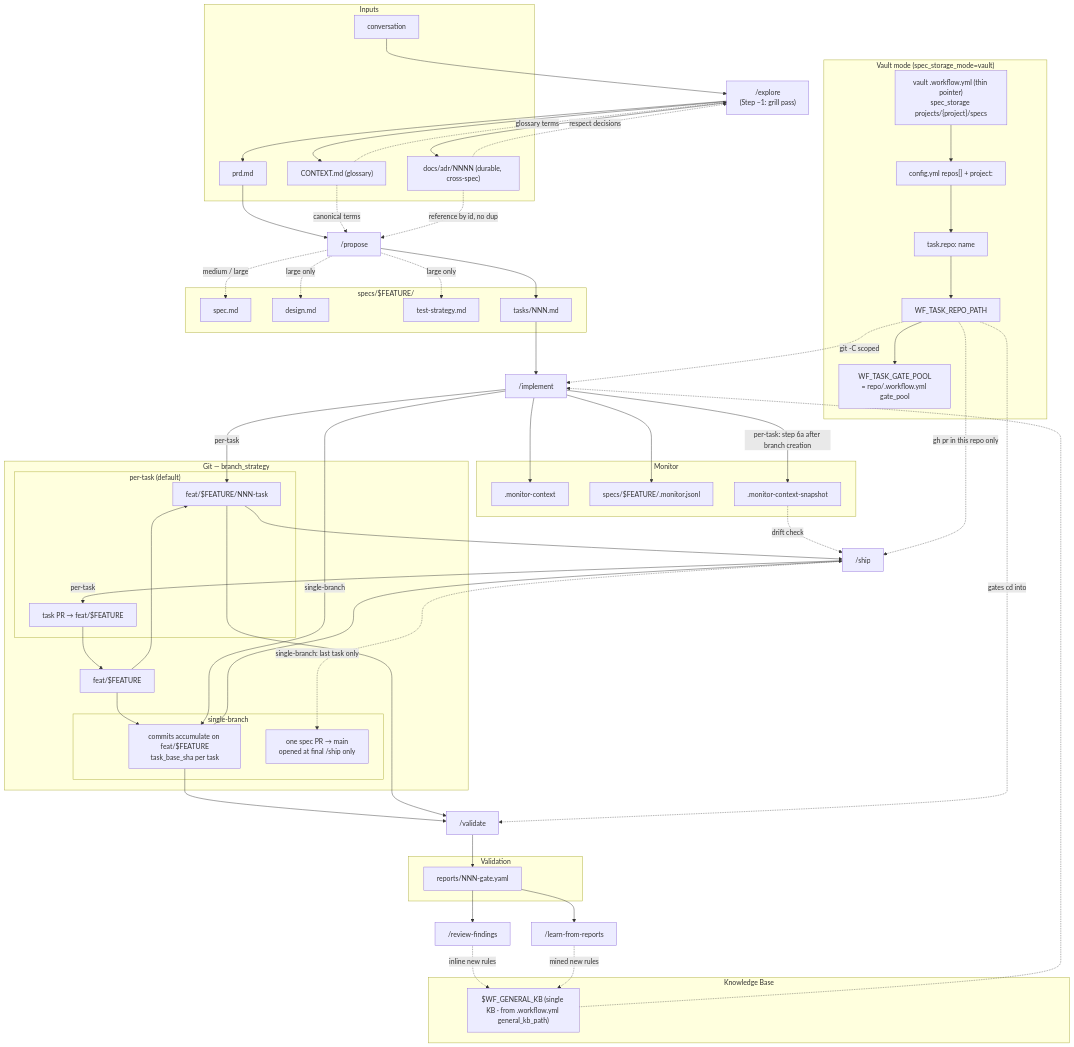
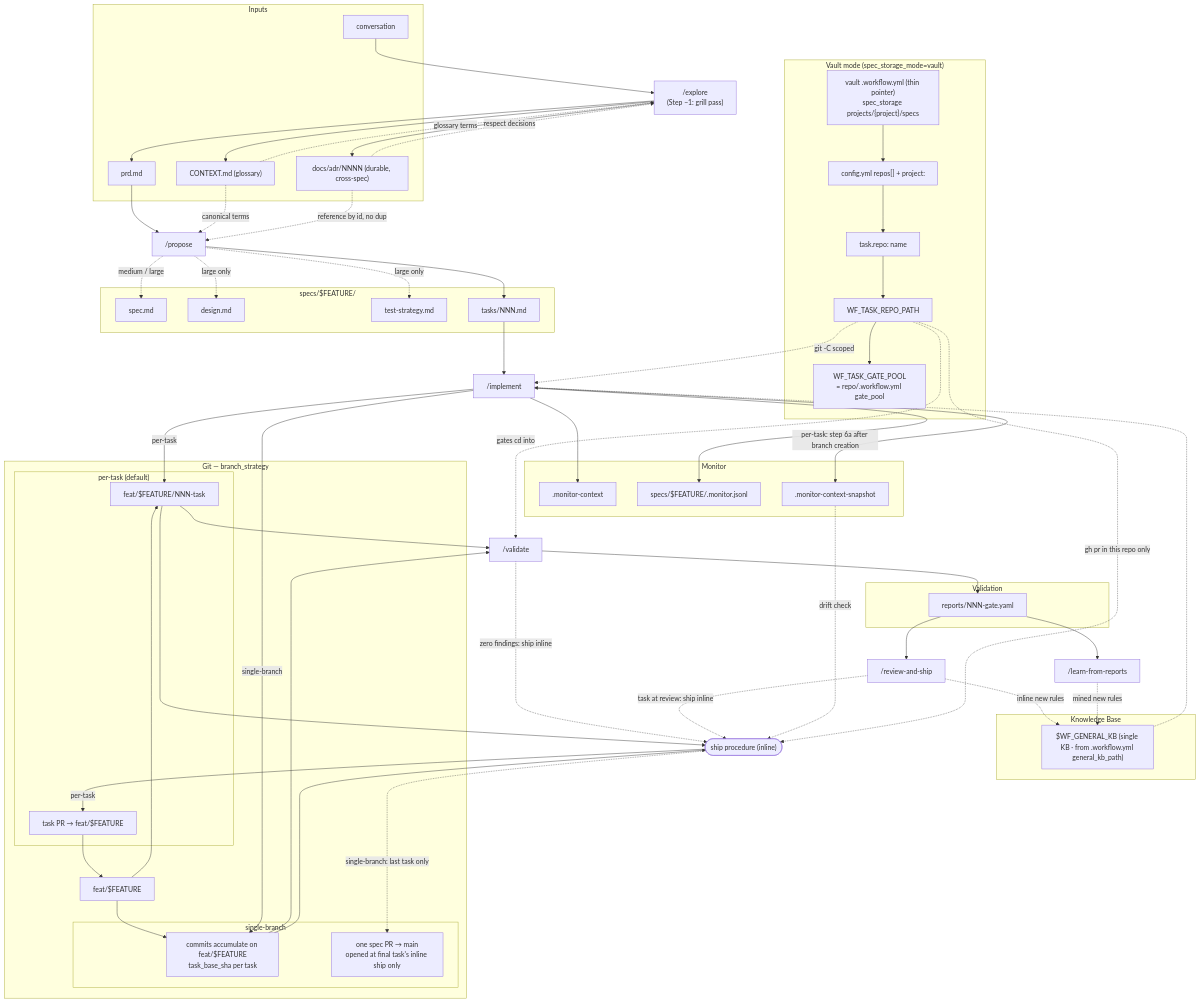
One commit to AlarQ/SDD-hub changed the fifth of 14 diagrams in docs/workflow-diagram.md. Above: the diagram before and after it, drawn with Mermaid. The commit also changed other lines of this file and 29 other files, not shown here.

First line of the commit message:
refactor: fold /ship into /validate + /review-and-ship inline procedure

````diff
--- a/docs/workflow-diagram.md
+++ b/docs/workflow-diagram.md
@@ -226,7 +226,7 @@
         end
         subgraph GitSB["single-branch"]
             SBC[commits accumulate on feat/$FEATURE<br/>task_base_sha per task]
-            SBPR[one spec PR → main<br/>opened at final /ship only]
+            SBPR[one spec PR → main<br/>opened at final task's inline ship only]
         end
         FEAT --> TBR
         FEAT --> SBC
@@ -275,18 +275,20 @@
     SBC --> VA
     TBR --> VA["/validate"]
     VA --> REPORTS
-    REPORTS --> RF["/review-findings"]
+    REPORTS --> RF["/review-and-ship"]
     RF -.->|inline new rules| GKB
     REPORTS --> LFR["/learn-from-reports"]
     LFR -.->|mined new rules| GKB
 
-    TBR --> SH["/ship"]
-    SBC --> SH
-    SNAP -.->|drift check| SH
-    SH -->|per-task| PR
-    SH -.->|single-branch: last task only| SBPR
+    TBR --> SHP(["ship procedure (inline)"])
+    SBC --> SHP
+    VA -.->|zero findings: ship inline| SHP
+    RF -.->|task at review: ship inline| SHP
+    SNAP -.->|drift check| SHP
+    SHP -->|per-task| PR
+    SHP -.->|single-branch: last task only| SBPR
     PR --> FEAT
     WTRP -.->|git -C scoped| IM
     WTRP -.->|gates cd into| VA
-    WTRP -.->|gh pr in this repo only| SH
+    WTRP -.->|gh pr in this repo only| SHP
 ```
````
